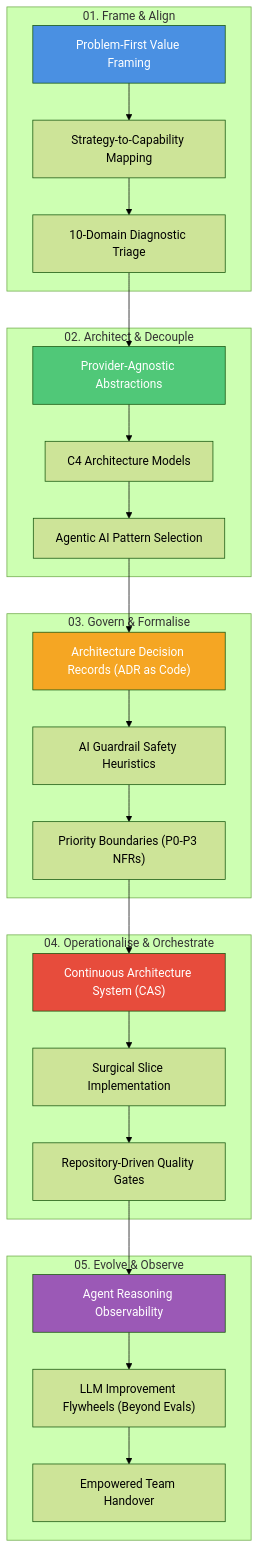
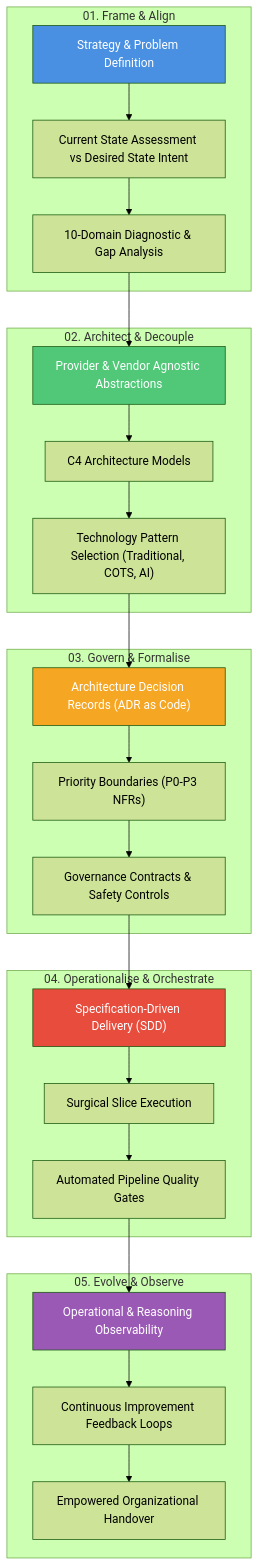
The diagram in docs/sop/index.md (avfranco-br/portfolio), drawn with Mermaid (forest theme) before and after one commit. The commit also changed other lines of this file and 8 other files, not shown here.

Commit message:
refactor(sop): make SOP technology-agnostic, add Current/Desired state to Stage 01, and decouple Stage 04 from CAS

````diff
--- a/docs/sop/index.md
+++ b/docs/sop/index.md
@@ -19,44 +18,44 @@
 ```mermaid
 graph TD
     subgraph "01. Frame & Align"
-        S1["Problem-First Value Framing"]
-        S2["Strategy-to-Capability Mapping"]
-        S3["10-Domain Diagnostic Triage"]
+        S1["Strategy & Problem Definition"]
+        S2["Current State Assessment vs Desired State Intent"]
+        S3["10-Domain Diagnostic & Gap Analysis"]
     end
 
     subgraph "02. Architect & Decouple"
-        A1["Provider-Agnostic Abstractions"]
+        A1["Provider & Vendor Agnostic Abstractions"]
         A2["C4 Architecture Models"]
-        A3["Agentic AI Pattern Selection"]
+        A3["Technology Pattern Selection (Traditional, COTS, AI)"]
     end
 
     subgraph "03. Govern & Formalise"
         G1["Architecture Decision Records (ADR as Code)"]
-        G2["AI Guardrail Safety Heuristics"]
-        G3["Priority Boundaries (P0-P3 NFRs)"]
+        G2["Priority Boundaries (P0-P3 NFRs)"]
+        G3["Governance Contracts & Safety Controls"]
     end
 
     subgraph "04. Operationalise & Orchestrate"
-        D1["Continuous Architecture System (CAS)"]
-        D2["Surgical Slice Implementation"]
-        D3["Repository-Driven Quality Gates"]
+        D1["Specification-Driven Delivery (SDD)"]
+        D2["Surgical Slice Execution"]
+        D3["Automated Pipeline Quality Gates"]
     end
 
     subgraph "05. Evolve & Observe"
-        E1["Agent Reasoning Observability"]
-        E2["LLM Improvement Flywheels (Beyond Evals)"]
-        E3["Empowered Team Handover"]
+        E1["Operational & Reasoning Observability"]
+        E2["Continuous Improvement Feedback Loops"]
+        E3["Empowered Organizational Handover"]
     end
 
     S1 --> S2 --> S3 --> A1
     A1 --> A2 --> A3 --> G1
     G1 --> G2 --> G3 --> D1
     D1 --> D2 --> D3 --> E1
     E1 --> E2 --> E3
 
     style S1 fill:#4A90E2,color:#fff
     style A1 fill:#50C878,color:#fff
     style G1 fill:#F5A623,color:#fff
     style D1 fill:#E74C3C,color:#fff
     style E1 fill:#9B59B6,color:#fff
 ```
````
